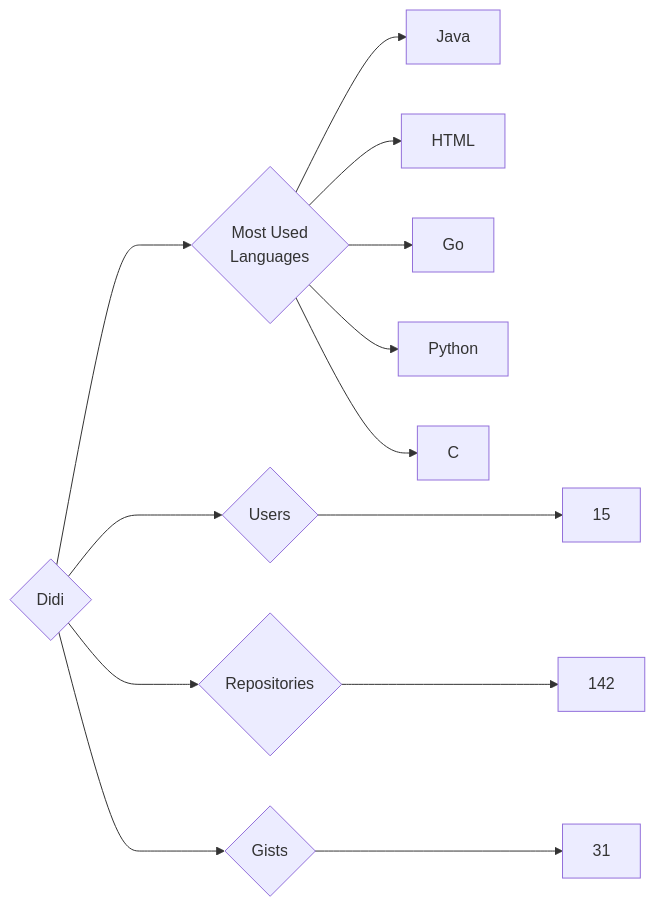
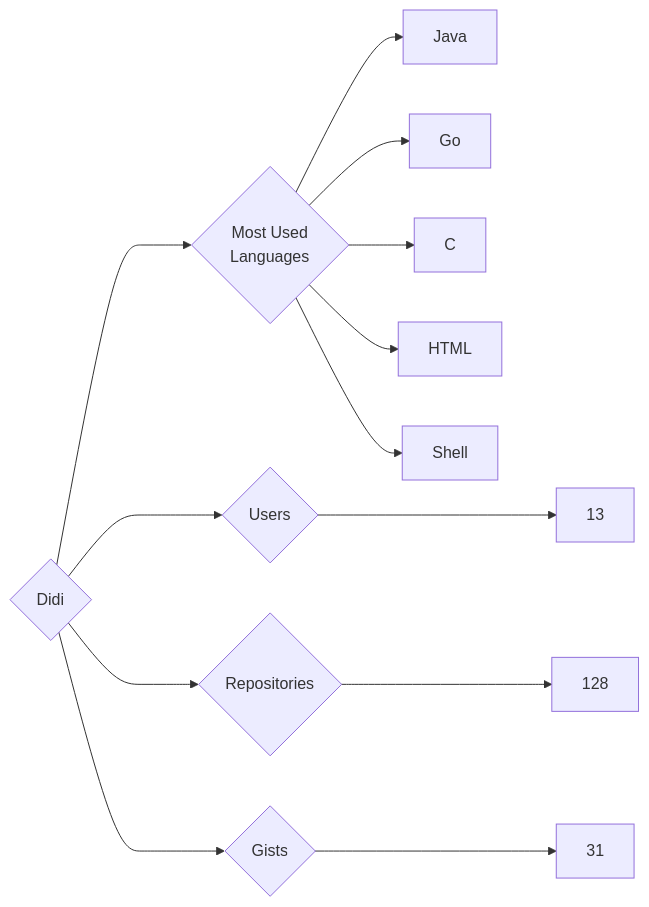
One commit to trickest/insiders changed the diagram in targets/Didi/README.md. Above: the diagram before and after it, drawn with Mermaid. The commit also changed 924 other files, not shown here.

````diff
--- a/targets/Didi/README.md
+++ b/targets/Didi/README.md
@@ -3,13 +3,13 @@
 ```mermaid
 graph LR
 COMPANY_NAME{Didi}
-COMPANY_NAME ---> U{Users} ---> UN[15]
-COMPANY_NAME ---> R{Repositories} ---> RN[142]
+COMPANY_NAME ---> U{Users} ---> UN[13]
+COMPANY_NAME ---> R{Repositories} ---> RN[128]
 COMPANY_NAME ---> G{Gists} ---> GN[31]
 COMPANY_NAME ---> ML{Most Used<br>Languages}
 ML --> Java[Java]
+ML --> Go[Go]
+ML --> C[C]
 ML --> HTML[HTML]
-ML --> Go[Go]
-ML --> Python[Python]
-ML --> C[C]
+ML --> Shell[Shell]
 ```
````
